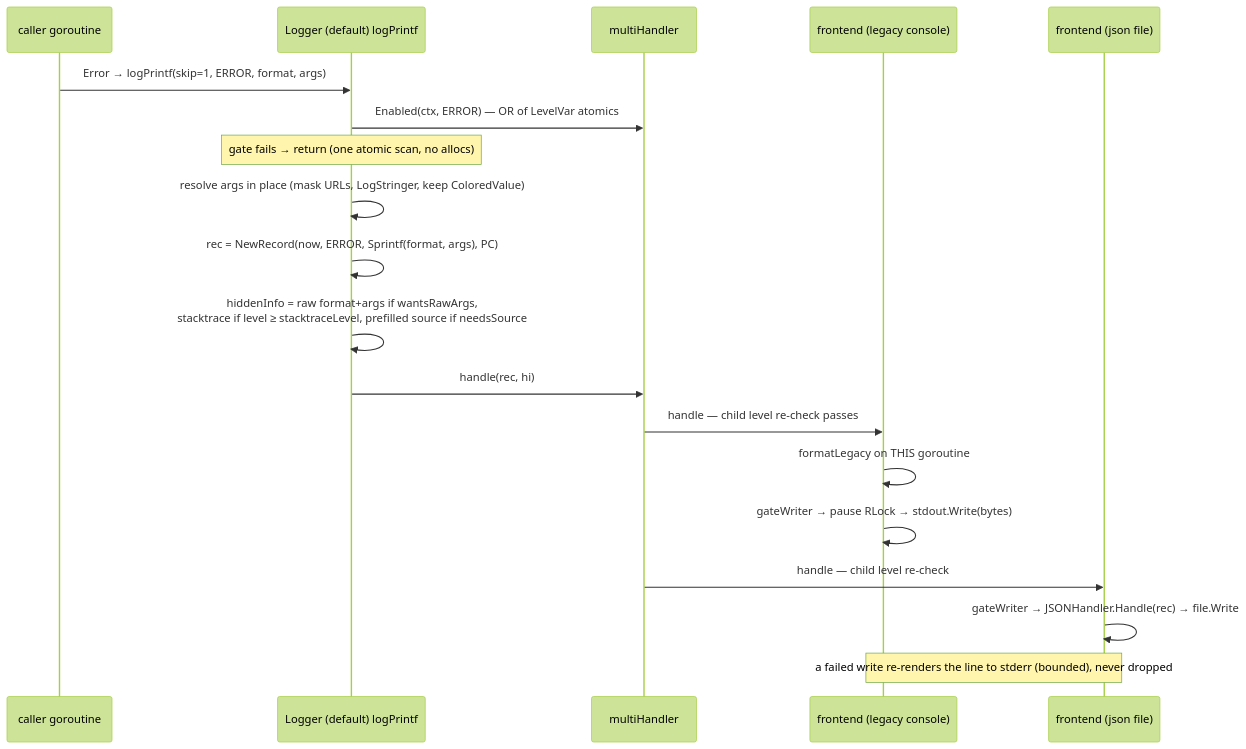
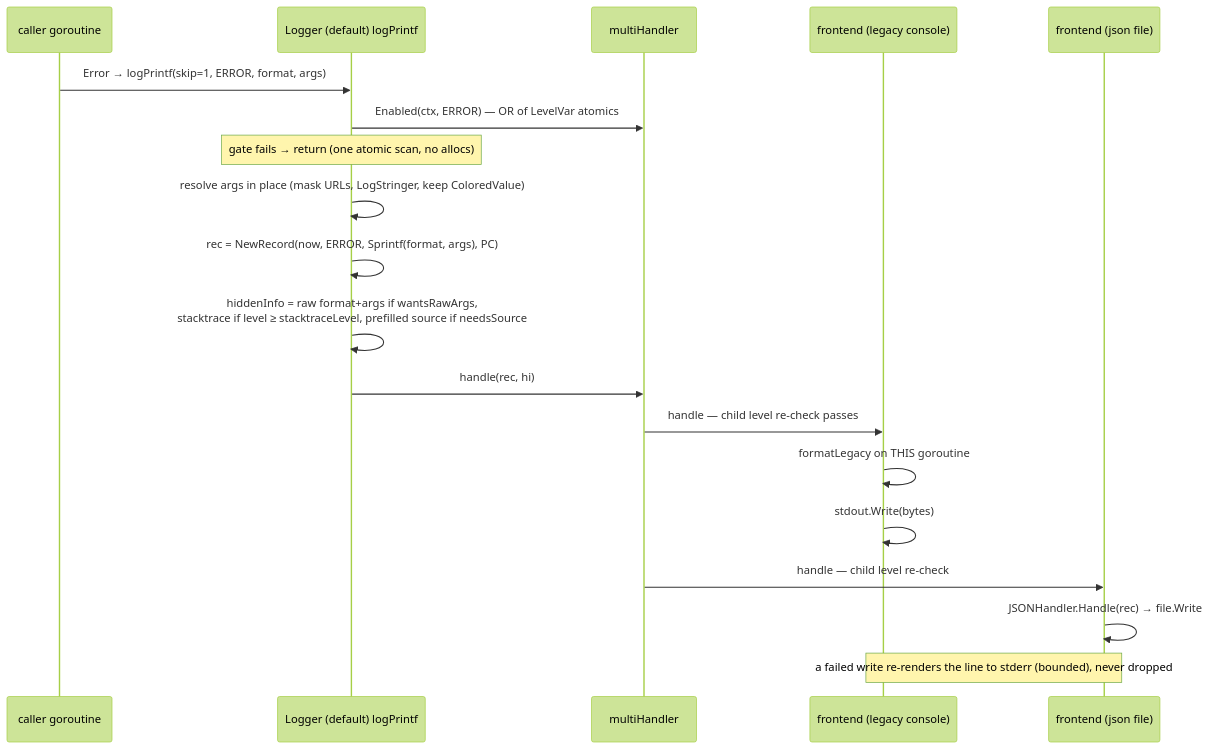
Before and after one commit to TheFox0x7/gitea: the second of 3 diagrams in slog_new_design.md, drawn with Mermaid (forest theme). The commit also changed other lines of this file and 14 other files, not shown here.

````diff
--- a/slog_new_design.md
+++ b/slog_new_design.md
@@ -199,22 +210,22 @@
 ```mermaid
 sequenceDiagram
     participant C as caller goroutine
     participant L as Logger (default) logPrintf
     participant MH as multiHandler
     participant FL as frontend (legacy console)
     participant FS as frontend (json file)
 
     C->>L: Error → logPrintf(skip=1, ERROR, format, args)
     L->>MH: Enabled(ctx, ERROR) — OR of LevelVar atomics
     Note over L: gate fails → return (one atomic scan, no allocs)
     L->>L: resolve args in place (mask URLs, LogStringer, keep ColoredValue)
     L->>L: rec = NewRecord(now, ERROR, Sprintf(format, args), PC)
     L->>L: hiddenInfo = raw format+args if wantsRawArgs,<br/>stacktrace if level ≥ stacktraceLevel, prefilled source if needsSource
     L->>MH: handle(rec, hi)
     MH->>FL: handle — child level re-check passes
     FL->>FL: formatLegacy on THIS goroutine
-    FL->>FL: gateWriter → pause RLock → stdout.Write(bytes)
+    FL->>FL: stdout.Write(bytes)
     MH->>FS: handle — child level re-check
-    FS->>FS: gateWriter → JSONHandler.Handle(rec) → file.Write
+    FS->>FS: JSONHandler.Handle(rec) → file.Write
     Note over FL,FS: a failed write re-renders the line to stderr (bounded), never dropped
 ```
````
